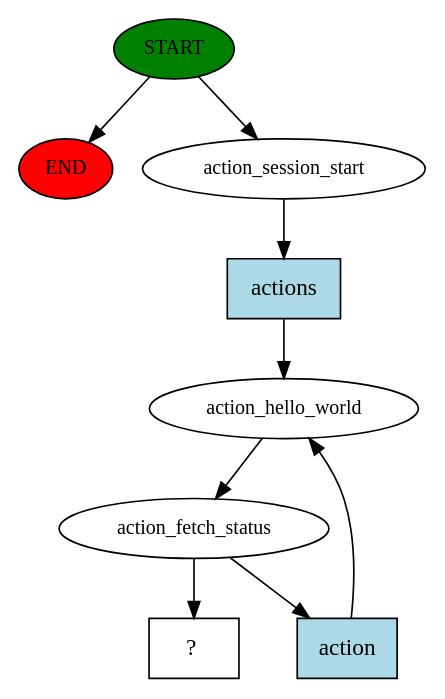
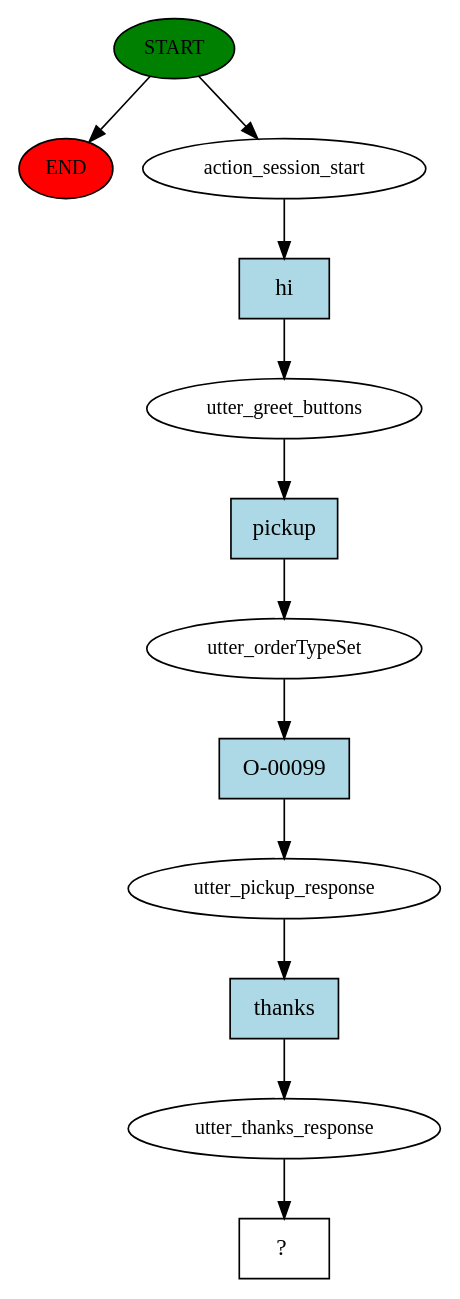
Before and after one commit to suhaibqaiser/botme: the diagram in botme-nlp/story_graph.dot, drawn with Graphviz. The commit also changed 9 other files, not shown here.

```diff
--- a/botme-nlp/story_graph.dot
+++ b/botme-nlp/story_graph.dot
@@ -1,18 +1,25 @@
 digraph  {
 0 [class="start active", fillcolor=green, fontsize=12, label=START, style=filled];
 "-1" [class=end, fillcolor=red, fontsize=12, label=END, style=filled];
 1 [class=active, fontsize=12, label=action_session_start];
-2 [class=active, fontsize=12, label=action_hello_world];
-3 [class=active, fontsize=12, label=action_fetch_status];
-18 [class="intent dashed active", label="  ?  ", shape=rect];
-19 [class="intent active", fillcolor=lightblue, label=actions, shape=rect, style=filled];
-20 [class="intent active", fillcolor=lightblue, label=action, shape=rect, style=filled];
+2 [class=active, fontsize=12, label=utter_greet_buttons];
+3 [class=active, fontsize=12, label=utter_orderTypeSet];
+4 [class=active, fontsize=12, label=utter_pickup_response];
+5 [class=active, fontsize=12, label=utter_thanks_response];
+6 [class="intent dashed active", label="  ?  ", shape=rect];
+7 [class="intent active", fillcolor=lightblue, label=hi, shape=rect, style=filled];
+8 [class="intent active", fillcolor=lightblue, label=pickup, shape=rect, style=filled];
+9 [class="intent active", fillcolor=lightblue, label="O-00099", shape=rect, style=filled];
+10 [class="intent active", fillcolor=lightblue, label=thanks, shape=rect, style=filled];
 0 -> "-1"  [class="", key=NONE, label=""];
 0 -> 1  [class=active, key=NONE, label=""];
-1 -> 19  [class=active, key=0];
-2 -> 3  [class=active, key=NONE, label=""];
-3 -> 18  [class=active, key=NONE, label=""];
-3 -> 20  [class=active, key=0];
-19 -> 2  [class=active, key=0];
-20 -> 2  [class=active, key=0];
+1 -> 7  [class=active, key=0];
+2 -> 8  [class=active, key=0];
+3 -> 9  [class=active, key=0];
+4 -> 10  [class=active, key=0];
+5 -> 6  [class=active, key=NONE, label=""];
+7 -> 2  [class=active, key=0];
+8 -> 3  [class=active, key=0];
+9 -> 4  [class=active, key=0];
+10 -> 5  [class=active, key=0];
 }
```
